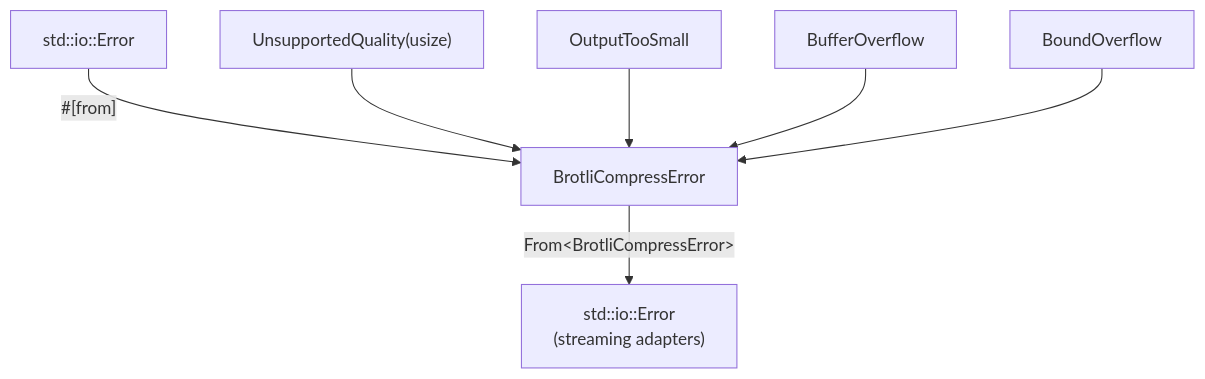
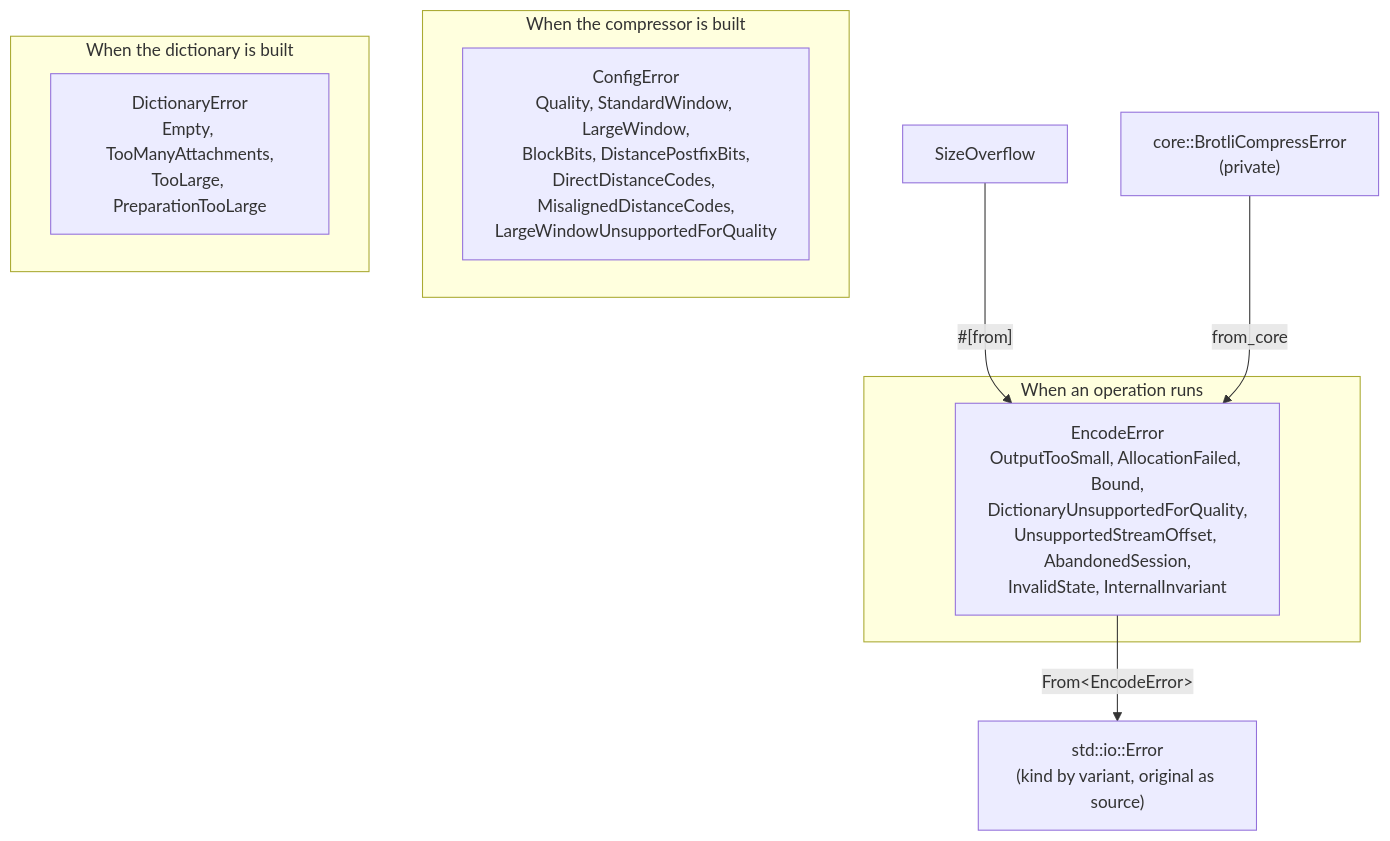
The tenth of 12 diagrams in architecture/compressor.md (Mnwa/mbrotli), drawn with Mermaid before and after one commit. The commit also changed other lines of this file and 104 other files, not shown here.

````diff
--- a/architecture/compressor.md
+++ b/architecture/compressor.md
@@ -403,9 +519,15 @@
 ```mermaid
 graph TD
-    io["std::io::Error"] -->|"#[from]"| err["BrotliCompressError"]
-    unsup["UnsupportedQuality(usize)"] --> err
-    small["OutputTooSmall"] --> err
-    overflow["BufferOverflow"] --> err
-    boundovf["BoundOverflow"] --> err
-    err -->|"From&lt;BrotliCompressError&gt;"| io2["std::io::Error<br/>(streaming adapters)"]
+    subgraph build["When the compressor is built"]
+        ce["ConfigError<br/>Quality, StandardWindow, LargeWindow,<br/>BlockBits, DistancePostfixBits,<br/>DirectDistanceCodes, MisalignedDistanceCodes,<br/>LargeWindowUnsupportedForQuality"]
+    end
+    subgraph dictb["When the dictionary is built"]
+        de["DictionaryError<br/>Empty, TooManyAttachments,<br/>TooLarge, PreparationTooLarge"]
+    end
+    subgraph run["When an operation runs"]
+        ee["EncodeError<br/>OutputTooSmall, AllocationFailed, Bound,<br/>DictionaryUnsupportedForQuality,<br/>UnsupportedStreamOffset, AbandonedSession,<br/>InvalidState, InternalInvariant"]
+    end
+    so["SizeOverflow"] -->|"#[from]"| ee
+    core["core::BrotliCompressError<br/>(private)"] -->|from_core| ee
+    ee -->|"From&lt;EncodeError&gt;"| io["std::io::Error<br/>(kind by variant, original as source)"]
 ```
````
